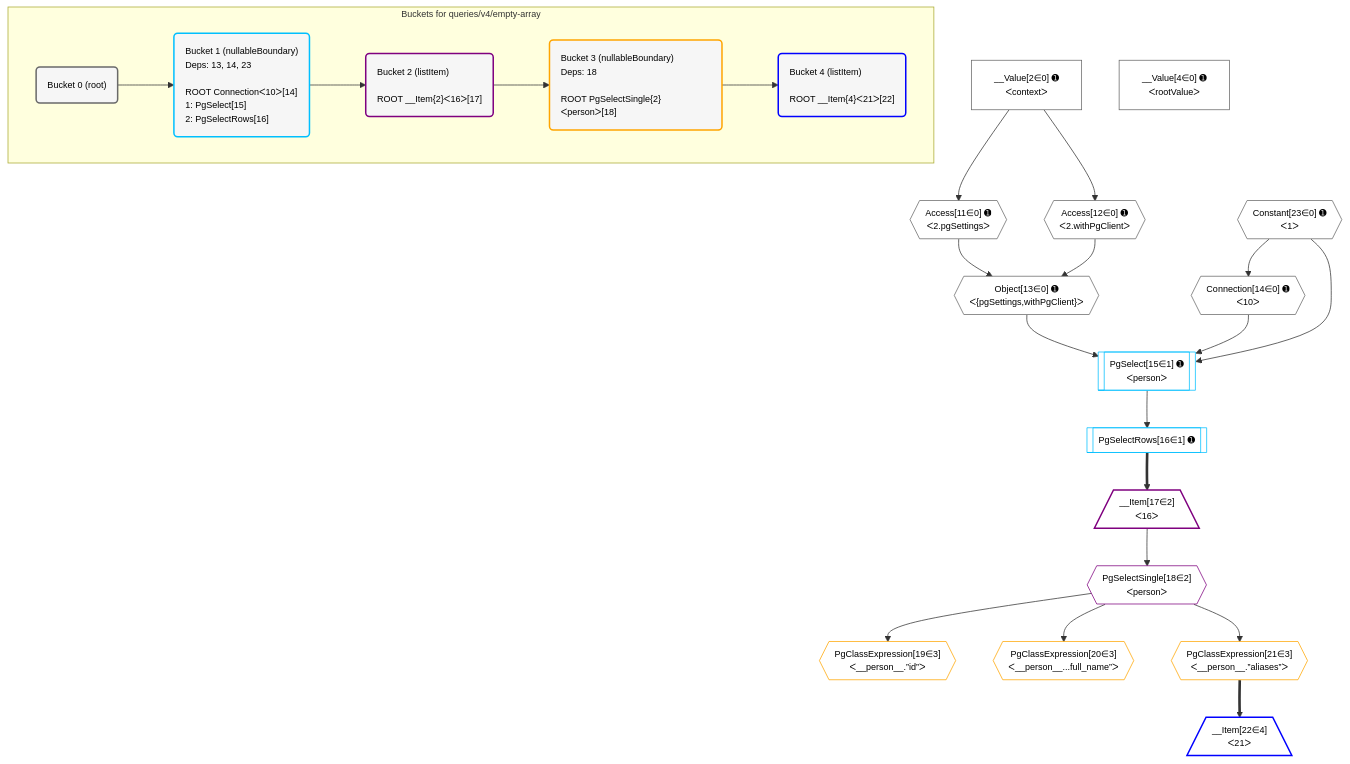
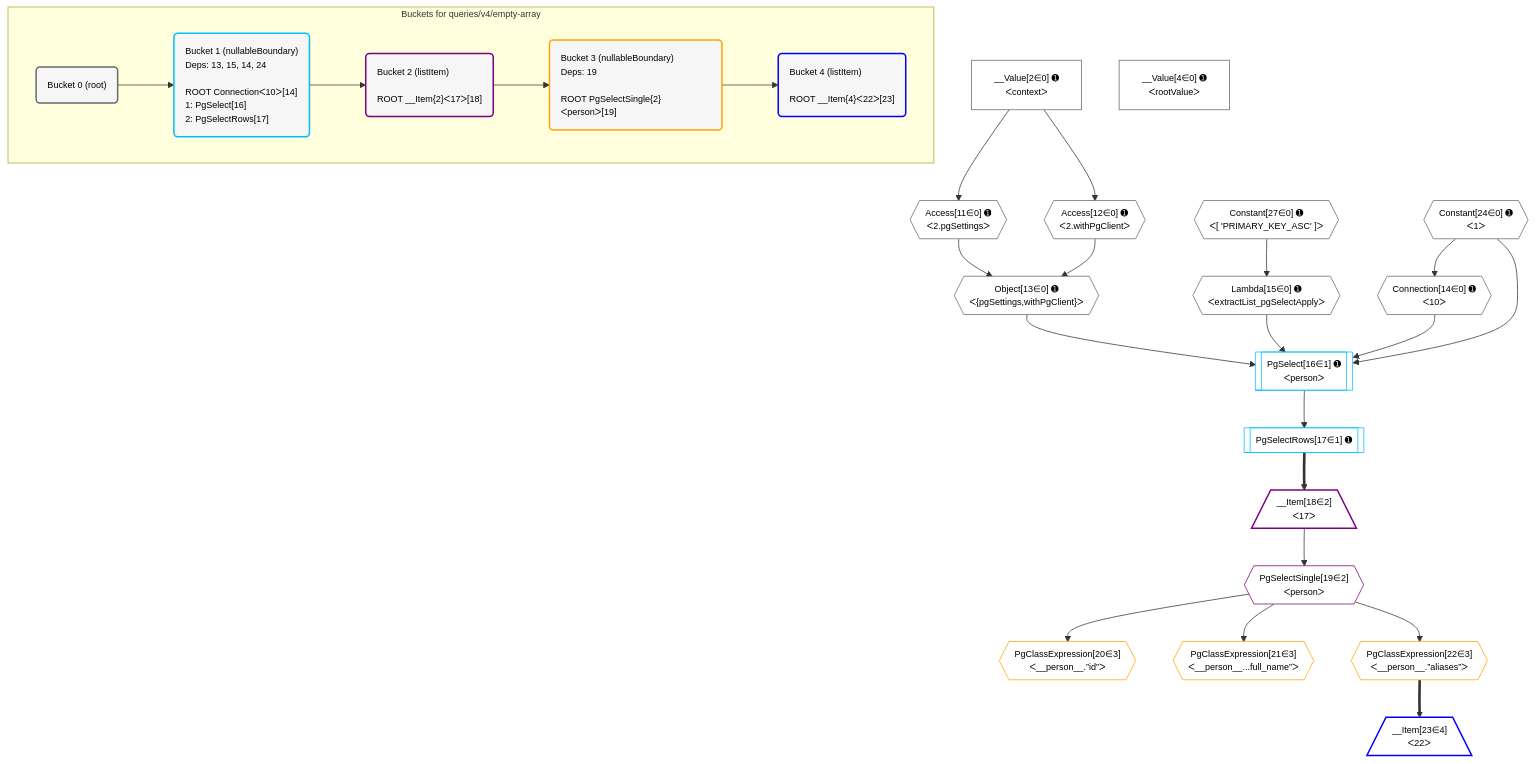
Before and after one commit to graphile/crystal: the diagram in postgraphile/postgraphile/__tests__/queries/v4/empty-array.mermaid, drawn with Mermaid. The commit also changed 78 other files, not shown here.

Commit message:
Update plan diagrams

```diff
--- a/postgraphile/postgraphile/__tests__/queries/v4/empty-array.mermaid
+++ b/postgraphile/postgraphile/__tests__/queries/v4/empty-array.mermaid
@@ -1,62 +1,65 @@
 %%{init: {'themeVariables': { 'fontSize': '12px'}}}%%
 graph TD
     classDef path fill:#eee,stroke:#000,color:#000
     classDef plan fill:#fff,stroke-width:1px,color:#000
     classDef itemplan fill:#fff,stroke-width:2px,color:#000
     classDef unbatchedplan fill:#dff,stroke-width:1px,color:#000
     classDef sideeffectplan fill:#fcc,stroke-width:2px,color:#000
     classDef bucket fill:#f6f6f6,color:#000,stroke-width:2px,text-align:left
 
 
     %% plan dependencies
     Object13{{"Object[13∈0] ➊<br />ᐸ{pgSettings,withPgClient}ᐳ"}}:::plan
     Access11{{"Access[11∈0] ➊<br />ᐸ2.pgSettingsᐳ"}}:::plan
     Access12{{"Access[12∈0] ➊<br />ᐸ2.withPgClientᐳ"}}:::plan
     Access11 & Access12 --> Object13
     __Value2["__Value[2∈0] ➊<br />ᐸcontextᐳ"]:::plan
     __Value2 --> Access11
     __Value2 --> Access12
     Connection14{{"Connection[14∈0] ➊<br />ᐸ10ᐳ"}}:::plan
-    Constant23{{"Constant[23∈0] ➊<br />ᐸ1ᐳ"}}:::plan
-    Constant23 --> Connection14
+    Constant24{{"Constant[24∈0] ➊<br />ᐸ1ᐳ"}}:::plan
+    Constant24 --> Connection14
+    Lambda15{{"Lambda[15∈0] ➊<br />ᐸextractList_pgSelectApplyᐳ"}}:::plan
+    Constant27{{"Constant[27∈0] ➊<br />ᐸ[ 'PRIMARY_KEY_ASC' ]ᐳ"}}:::plan
+    Constant27 --> Lambda15
     __Value4["__Value[4∈0] ➊<br />ᐸrootValueᐳ"]:::plan
-    PgSelect15[["PgSelect[15∈1] ➊<br />ᐸpersonᐳ"]]:::plan
-    Object13 & Connection14 & Constant23 --> PgSelect15
-    PgSelectRows16[["PgSelectRows[16∈1] ➊"]]:::plan
-    PgSelect15 --> PgSelectRows16
-    __Item17[/"__Item[17∈2]<br />ᐸ16ᐳ"\]:::itemplan
-    PgSelectRows16 ==> __Item17
-    PgSelectSingle18{{"PgSelectSingle[18∈2]<br />ᐸpersonᐳ"}}:::plan
-    __Item17 --> PgSelectSingle18
-    PgClassExpression19{{"PgClassExpression[19∈3]<br />ᐸ__person__.”id”ᐳ"}}:::plan
-    PgSelectSingle18 --> PgClassExpression19
-    PgClassExpression20{{"PgClassExpression[20∈3]<br />ᐸ__person__...full_name”ᐳ"}}:::plan
-    PgSelectSingle18 --> PgClassExpression20
-    PgClassExpression21{{"PgClassExpression[21∈3]<br />ᐸ__person__.”aliases”ᐳ"}}:::plan
-    PgSelectSingle18 --> PgClassExpression21
-    __Item22[/"__Item[22∈4]<br />ᐸ21ᐳ"\]:::itemplan
-    PgClassExpression21 ==> __Item22
+    PgSelect16[["PgSelect[16∈1] ➊<br />ᐸpersonᐳ"]]:::plan
+    Object13 & Lambda15 & Connection14 & Constant24 --> PgSelect16
+    PgSelectRows17[["PgSelectRows[17∈1] ➊"]]:::plan
+    PgSelect16 --> PgSelectRows17
+    __Item18[/"__Item[18∈2]<br />ᐸ17ᐳ"\]:::itemplan
+    PgSelectRows17 ==> __Item18
+    PgSelectSingle19{{"PgSelectSingle[19∈2]<br />ᐸpersonᐳ"}}:::plan
+    __Item18 --> PgSelectSingle19
+    PgClassExpression20{{"PgClassExpression[20∈3]<br />ᐸ__person__.”id”ᐳ"}}:::plan
+    PgSelectSingle19 --> PgClassExpression20
+    PgClassExpression21{{"PgClassExpression[21∈3]<br />ᐸ__person__...full_name”ᐳ"}}:::plan
+    PgSelectSingle19 --> PgClassExpression21
+    PgClassExpression22{{"PgClassExpression[22∈3]<br />ᐸ__person__.”aliases”ᐳ"}}:::plan
+    PgSelectSingle19 --> PgClassExpression22
+    __Item23[/"__Item[23∈4]<br />ᐸ22ᐳ"\]:::itemplan
+    PgClassExpression22 ==> __Item23
 
     %% define steps
 
     subgraph "Buckets for queries/v4/empty-array"
     Bucket0("Bucket 0 (root)"):::bucket
     classDef bucket0 stroke:#696969
-    class Bucket0,__Value2,__Value4,Access11,Access12,Object13,Connection14,Constant23 bucket0
-    Bucket1("Bucket 1 (nullableBoundary)<br />Deps: 13, 14, 23<br /><br />ROOT Connectionᐸ10ᐳ[14]<br />1: PgSelect[15]<br />2: PgSelectRows[16]"):::bucket
+    class Bucket0,__Value2,__Value4,Access11,Access12,Object13,Connection14,Lambda15,Constant24,Constant27 bucket0
+    Bucket1("Bucket 1 (nullableBoundary)<br />Deps: 13, 15, 14, 24<br /><br />ROOT Connectionᐸ10ᐳ[14]<br />1: PgSelect[16]<br />2: PgSelectRows[17]"):::bucket
     classDef bucket1 stroke:#00bfff
-    class Bucket1,PgSelect15,PgSelectRows16 bucket1
-    Bucket2("Bucket 2 (listItem)<br /><br />ROOT __Item{2}ᐸ16ᐳ[17]"):::bucket
+    class Bucket1,PgSelect16,PgSelectRows17 bucket1
+    Bucket2("Bucket 2 (listItem)<br /><br />ROOT __Item{2}ᐸ17ᐳ[18]"):::bucket
     classDef bucket2 stroke:#7f007f
-    class Bucket2,__Item17,PgSelectSingle18 bucket2
-    Bucket3("Bucket 3 (nullableBoundary)<br />Deps: 18<br /><br />ROOT PgSelectSingle{2}ᐸpersonᐳ[18]"):::bucket
+    class Bucket2,__Item18,PgSelectSingle19 bucket2
+    Bucket3("Bucket 3 (nullableBoundary)<br />Deps: 19<br /><br />ROOT PgSelectSingle{2}ᐸpersonᐳ[19]"):::bucket
     classDef bucket3 stroke:#ffa500
-    class Bucket3,PgClassExpression19,PgClassExpression20,PgClassExpression21 bucket3
-    Bucket4("Bucket 4 (listItem)<br /><br />ROOT __Item{4}ᐸ21ᐳ[22]"):::bucket
+    class Bucket3,PgClassExpression20,PgClassExpression21,PgClassExpression22 bucket3
+    Bucket4("Bucket 4 (listItem)<br /><br />ROOT __Item{4}ᐸ22ᐳ[23]"):::bucket
     classDef bucket4 stroke:#0000ff
-    class Bucket4,__Item22 bucket4
+    class Bucket4,__Item23 bucket4
     Bucket0 --> Bucket1
     Bucket1 --> Bucket2
     Bucket2 --> Bucket3
     Bucket3 --> Bucket4
     end
```
